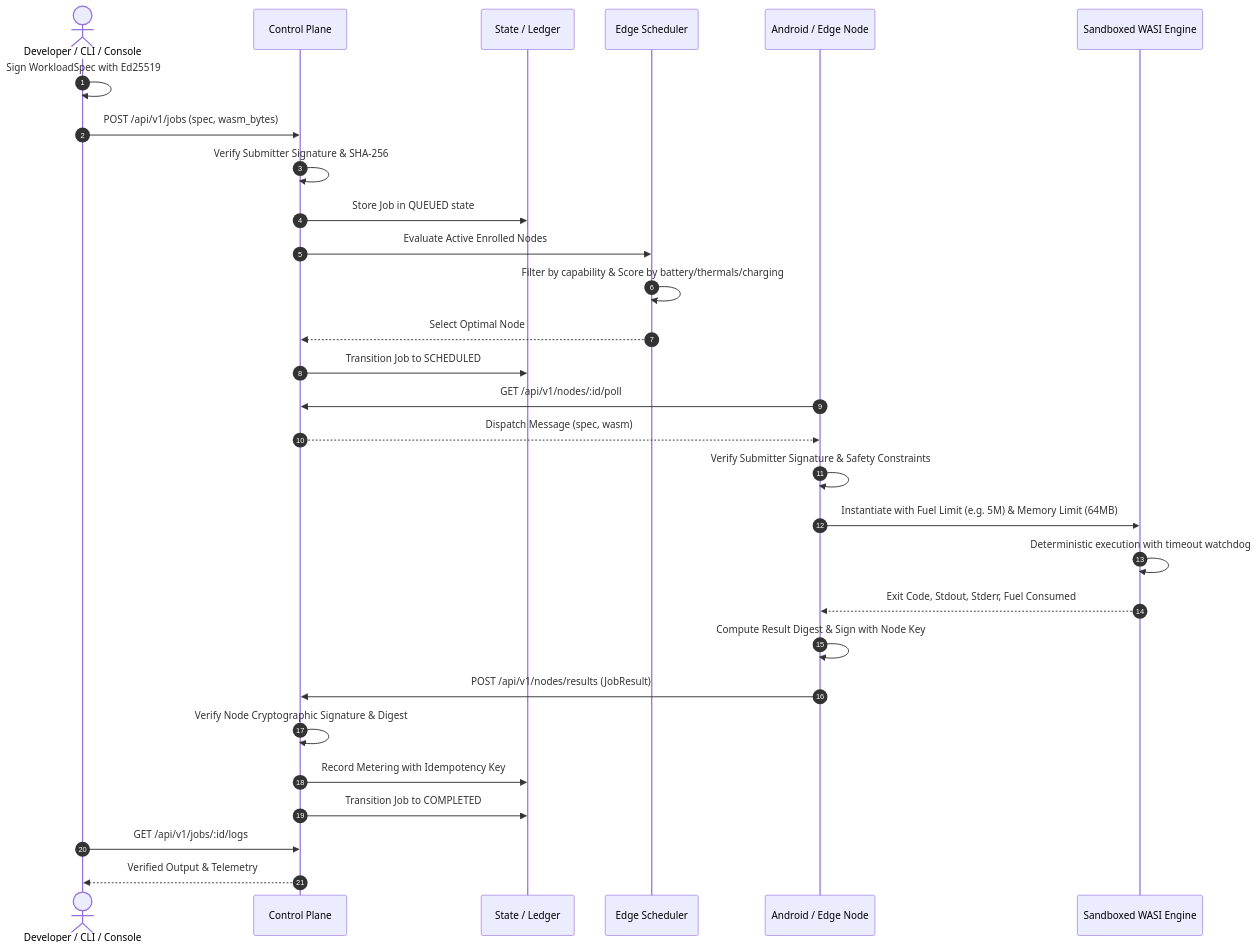
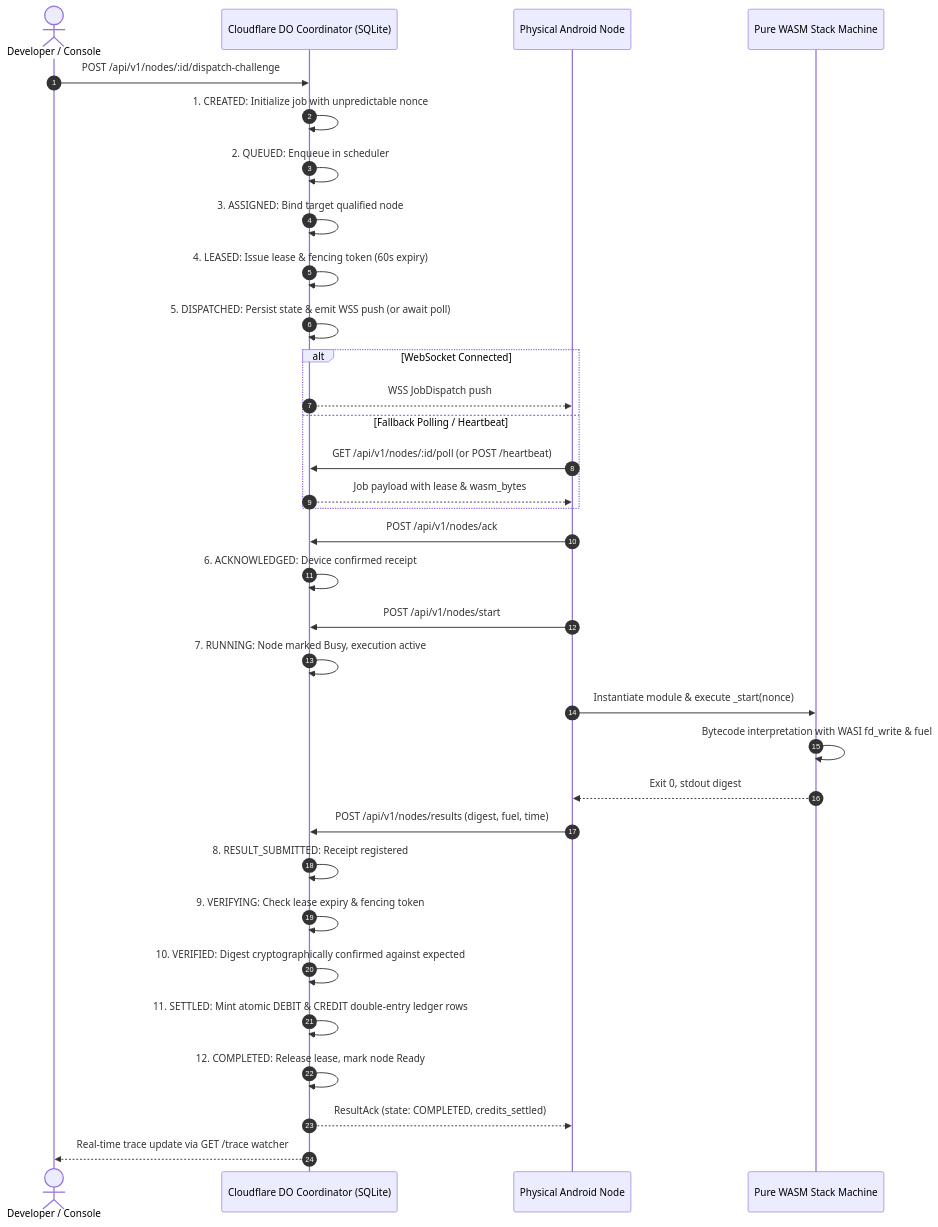
One commit to dayashimoga/SpaaS changed the diagram in docs/ARCHITECTURE.md. Above: the diagram before and after it, drawn with Mermaid. The commit also changed other lines of this file and 20 other files, not shown here.

Commit message:
fix(pipeline): repair physical Android job dispatch and execution pipeline end-to-end

````diff
--- a/docs/ARCHITECTURE.md
+++ b/docs/ARCHITECTURE.md
@@ -13,32 +13,40 @@
 ```mermaid
 sequenceDiagram
     autonumber
-    actor Developer as Developer / CLI / Console
-    participant CP as Control Plane
-    participant DB as State / Ledger
-    participant Sched as Edge Scheduler
-    participant Node as Android / Edge Node
-    participant Wasm as Sandboxed WASI Engine
+    actor Developer as Developer / Console
+    participant CF as Cloudflare DO Coordinator (SQLite)
+    participant Android as Physical Android Node
+    participant Wasm as Pure WASM Stack Machine
 
-    Developer->>Developer: Sign WorkloadSpec with Ed25519
-    Developer->>CP: POST /api/v1/jobs (spec, wasm_bytes)
-    CP->>CP: Verify Submitter Signature & SHA-256
-    CP->>DB: Store Job in QUEUED state
-    CP->>Sched: Evaluate Active Enrolled Nodes
-    Sched->>Sched: Filter by capability & Score by battery/thermals/charging
-    Sched-->>CP: Select Optimal Node
-    CP->>DB: Transition Job to SCHEDULED
-    Node->>CP: GET /api/v1/nodes/:id/poll
-    CP-->>Node: Dispatch Message (spec, wasm)
-    Node->>Node: Verify Submitter Signature & Safety Constraints
-    Node->>Wasm: Instantiate with Fuel Limit (e.g. 5M) & Memory Limit (64MB)
-    Wasm->>Wasm: Deterministic execution with timeout watchdog
-    Wasm-->>Node: Exit Code, Stdout, Stderr, Fuel Consumed
-    Node->>Node: Compute Result Digest & Sign with Node Key
-    Node->>CP: POST /api/v1/nodes/results (JobResult)
-    CP->>CP: Verify Node Cryptographic Signature & Digest
-    CP->>DB: Record Metering with Idempotency Key
-    CP->>DB: Transition Job to COMPLETED
-    Developer->>CP: GET /api/v1/jobs/:id/logs
-    CP-->>Developer: Verified Output & Telemetry
+    Developer->>CF: POST /api/v1/nodes/:id/dispatch-challenge
+    CF->>CF: 1. CREATED: Initialize job with unpredictable nonce
+    CF->>CF: 2. QUEUED: Enqueue in scheduler
+    CF->>CF: 3. ASSIGNED: Bind target qualified node
+    CF->>CF: 4. LEASED: Issue lease & fencing token (60s expiry)
+    CF->>CF: 5. DISPATCHED: Persist state & emit WSS push (or await poll)
+    
+    alt WebSocket Connected
+        CF-->>Android: WSS JobDispatch push
+    else Fallback Polling / Heartbeat
+        Android->>CF: GET /api/v1/nodes/:id/poll (or POST /heartbeat)
+        CF-->>Android: Job payload with lease & wasm_bytes
+    end
+
+    Android->>CF: POST /api/v1/nodes/ack
+    CF->>CF: 6. ACKNOWLEDGED: Device confirmed receipt
+    Android->>CF: POST /api/v1/nodes/start
+    CF->>CF: 7. RUNNING: Node marked Busy, execution active
+    
+    Android->>Wasm: Instantiate module & execute _start(nonce)
+    Wasm->>Wasm: Bytecode interpretation with WASI fd_write & fuel
+    Wasm-->>Android: Exit 0, stdout digest
+    
+    Android->>CF: POST /api/v1/nodes/results (digest, fuel, time)
+    CF->>CF: 8. RESULT_SUBMITTED: Receipt registered
+    CF->>CF: 9. VERIFYING: Check lease expiry & fencing token
+    CF->>CF: 10. VERIFIED: Digest cryptographically confirmed against expected
+    CF->>CF: 11. SETTLED: Mint atomic DEBIT & CREDIT double-entry ledger rows
+    CF->>CF: 12. COMPLETED: Release lease, mark node Ready
+    CF-->>Android: ResultAck (state: COMPLETED, credits_settled)
+    CF-->>Developer: Real-time trace update via GET /trace watcher
 ```
````
